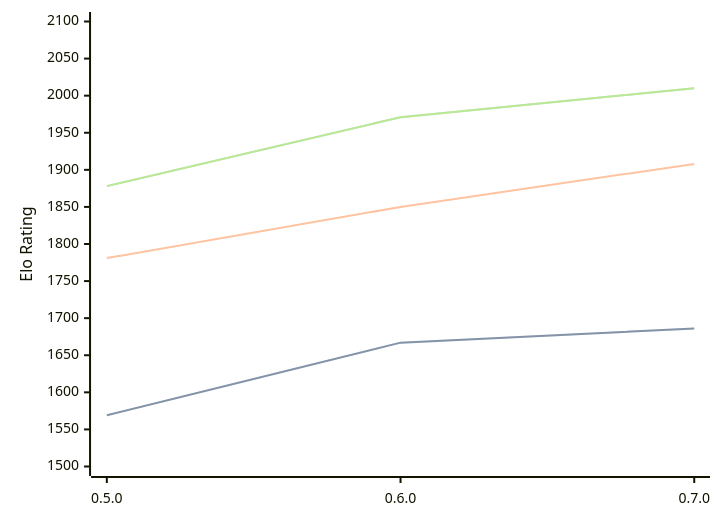
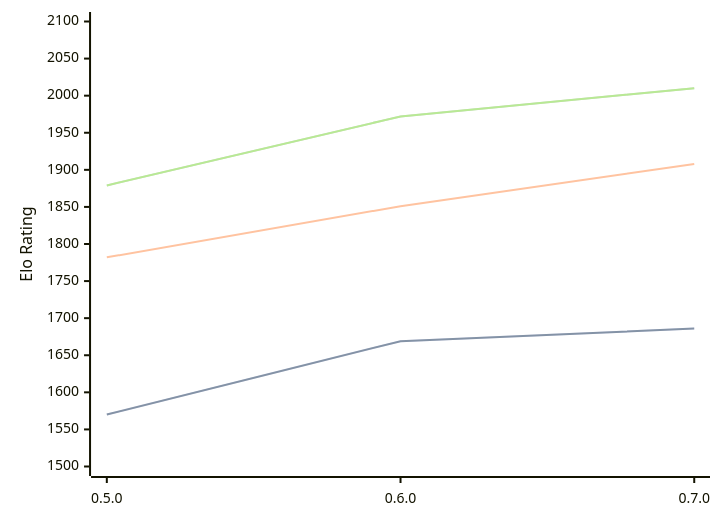
One commit to computer-chess-index/cci changed the diagram in engines/Chess-rs.md. Above: the diagram before and after it, drawn with Mermaid. The commit also changed other lines of this file, not shown here.

Commit message:
Update CCI Ratings (ELO VLTC) - 2026-07-24

````diff
--- a/engines/Chess-rs.md
+++ b/engines/Chess-rs.md
@@ -41,11 +41,11 @@
 ```mermaid
 %%{init: {"theme":"base","themeVariables":{"seriesColors:['#a3a3a3','#222221','#faa371']}}}%%
 xychart-beta
   x-axis ["0.5.0", "0.6.0", "0.7.0"]
   y-axis "Elo Rating" 1500 --> 2100
-  line "STC (8.0+0.08s)" [1569, 1667, 1686]
-  line "STC (8.0+0.08s)" [1569, 1667, 1686]
-  line "LTC (60.0+0.60s)" [1781, 1850, 1908]
-  line "VLTC (2m24s+1.12s)" [1878, 1971, 2010]
-  line "VLTC (2m24s+1.12s)" [1878, 1971, 2010]
+  line "STC (8.0+0.08s)" [1570, 1669, 1686]
+  line "STC (8.0+0.08s)" [1570, 1669, 1686]
+  line "LTC (60.0+0.60s)" [1782, 1851, 1908]
+  line "VLTC (2m24s+1.12s)" [1879, 1972, 2010]
+  line "VLTC (2m24s+1.12s)" [1879, 1972, 2010]
 ```
````
